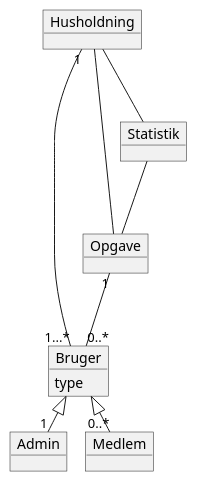
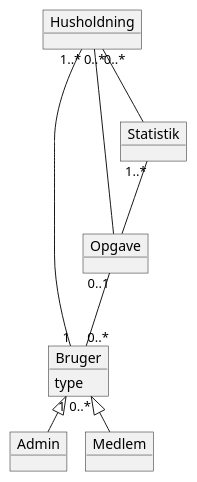
One commit to rean0002/PETprojekt changed the diagram in doc/Domain Model.puml. Above: the diagram before and after it, drawn with PlantUML.

Commit message:
task 2nd commit rettet domain model

```diff
--- a/doc/Domain Model.puml
+++ b/doc/Domain Model.puml
@@ -1,24 +1,24 @@
 @startuml
 !pragma layout smetana
 
 object Husholdning
 object Bruger {
     type
 }
 object Admin
 object Medlem
 object Opgave
 object Statistik
 
 
-Husholdning "1" - "1...*"Bruger
-Bruger <|-- "1"Admin
-Bruger <|-- "0..*" Medlem
-Husholdning --- Statistik
-Husholdning - Opgave
-Statistik --- Opgave
-Opgave "1" --- "0..*" Bruger
+Husholdning "1..*" - "1" Bruger
+Bruger "1" <|-- Admin
+Bruger "0..*" <|--  Medlem
+Husholdning "0..*" --- Statistik
+Husholdning "0..*" - Opgave
+Statistik "1..*"--- Opgave
+Opgave "0..1" --- "0..*" Bruger
 
 
 
 @enduml
```
